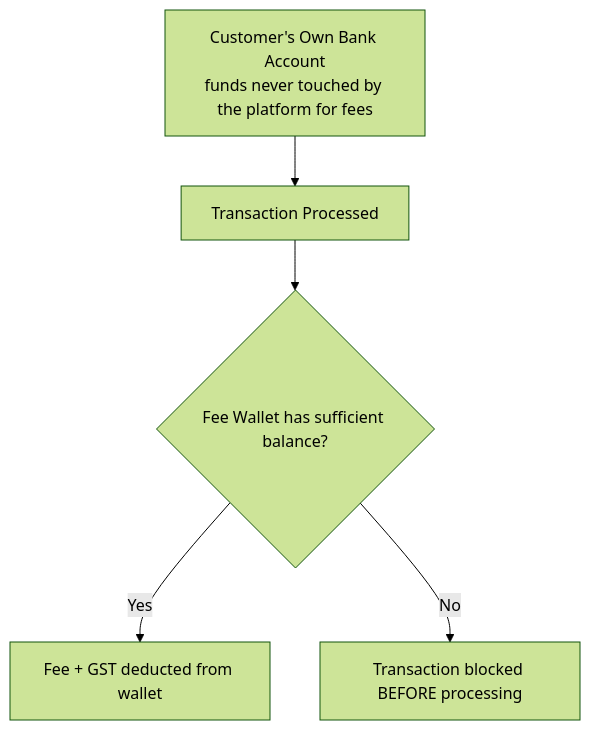
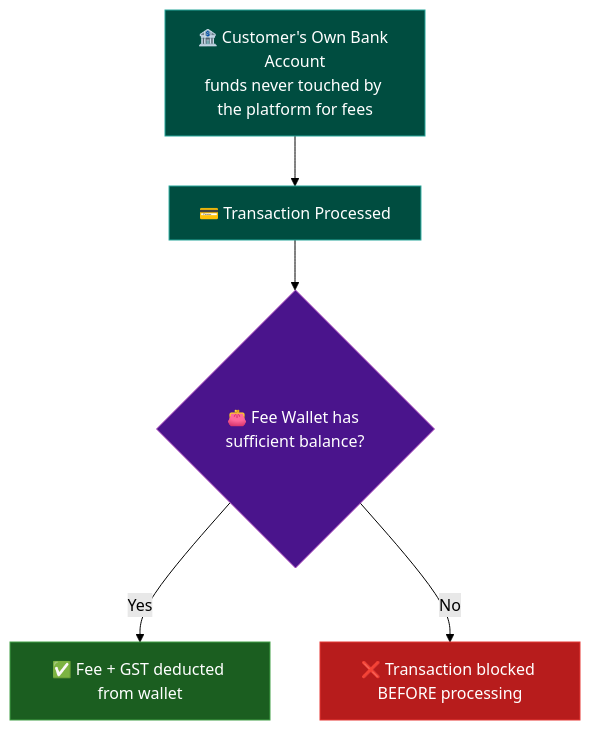
One commit to ghanendra-sdet/fintech-connected-banking-platform changed the eighth of 9 diagrams in docs/architecture-and-flow.md. Above: the diagram before and after it, drawn with Mermaid (forest theme). The commit also changed other lines of this file, not shown here.

Commit message:
docs: enhance architecture diagrams and generalize cross-repo testing insight

````diff
--- a/docs/architecture-and-flow.md
+++ b/docs/architecture-and-flow.md
@@ -182,7 +228,17 @@
 ```mermaid
 flowchart TD
-    Cust["Customer's Own Bank Account<br/>funds never touched by the platform for fees"] --> Txn["Transaction Processed"]
-    Txn --> Check{"Fee Wallet has sufficient balance?"}
-    Check -->|Yes| Deduct["Fee + GST deducted from wallet"]
-    Check -->|No| Block["Transaction blocked BEFORE processing"]
+    Cust["🏦 Customer's Own Bank Account<br/>funds never touched by the platform for fees"] --> Txn["💳 Transaction Processed"]
+    Txn --> Check{"👛 Fee Wallet has sufficient balance?"}
+    Check -->|Yes| Deduct["✅ Fee + GST deducted from wallet"]
+    Check -->|No| Block["❌ Transaction blocked BEFORE processing"]
+
+    classDef service fill:#004d40,color:#fff,stroke:#26a69a,stroke-width:1px
+    classDef gate fill:#4a148c,color:#fff,stroke:#ab47bc,stroke-width:1px
+    classDef good fill:#1b5e20,color:#fff,stroke:#43a047,stroke-width:1px
+    classDef bad fill:#b71c1c,color:#fff,stroke:#e53935,stroke-width:1px
+
+    class Cust,Txn service
+    class Check gate
+    class Deduct good
+    class Block bad
 ```
````
